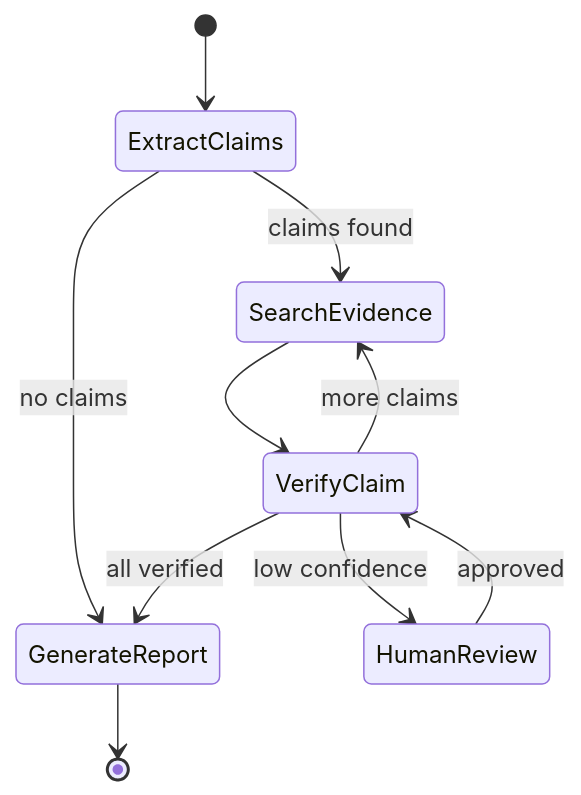
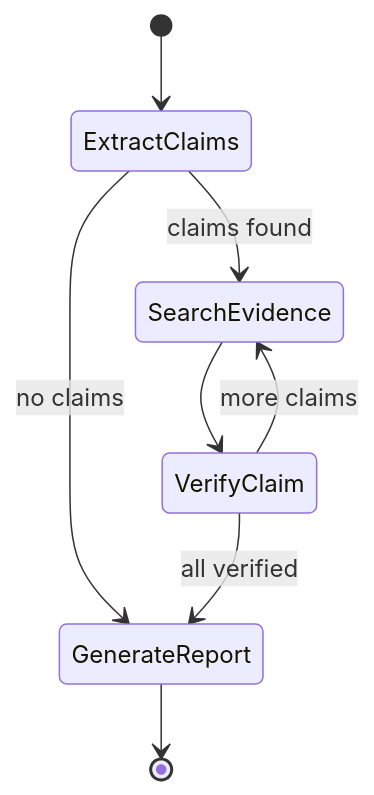
The fourth of 4 diagrams in docs/usage/workflows.md (Sosoka-Labs/truthfulness-evaluator), drawn with Mermaid before and after one commit. The commit also changed other lines of this file and 14 other files, not shown here.

First line of the commit message:
docs: accuracy pass — LangGraph diagrams, CLI form, consensus semantics

````diff
--- a/docs/usage/workflows.md
+++ b/docs/usage/workflows.md
@@ -223,12 +225,10 @@
 ```mermaid
 stateDiagram-v2
     [*] --> ExtractClaims
     ExtractClaims --> SearchEvidence : claims found
     ExtractClaims --> GenerateReport : no claims
     SearchEvidence --> VerifyClaim
     VerifyClaim --> SearchEvidence : more claims
-    VerifyClaim --> HumanReview : low confidence
-    HumanReview --> VerifyClaim : approved
     VerifyClaim --> GenerateReport : all verified
     GenerateReport --> [*]
 ```
````
